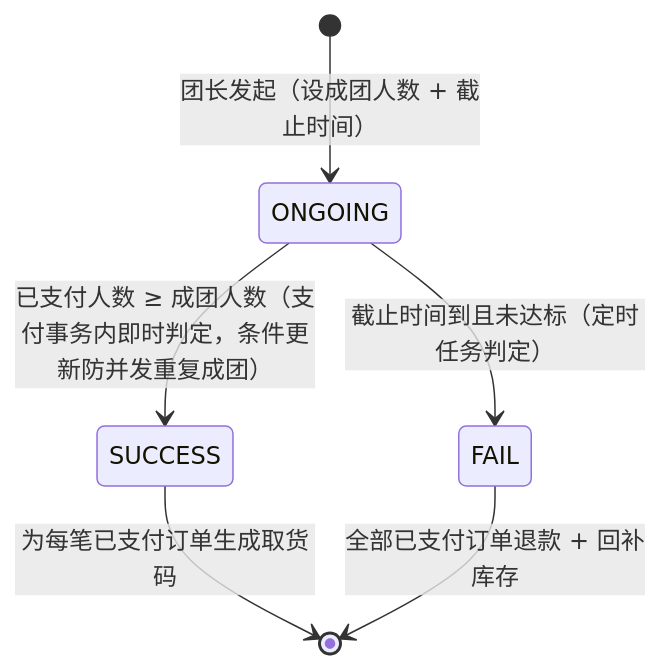
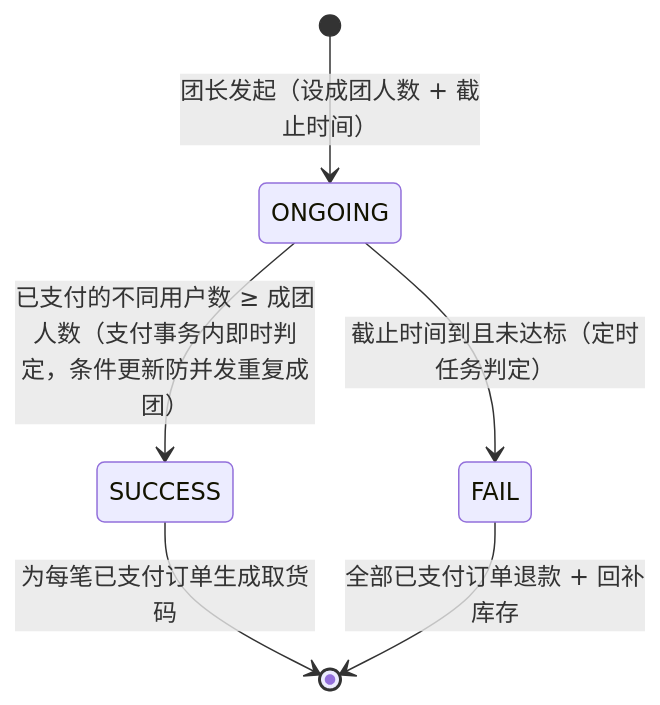
The fifth of 8 diagrams in docs/design-document.md (KeepRising-l/FreshCommunity), drawn with Mermaid before and after one commit. The commit also changed other lines of this file and 21 other files, not shown here.

````diff
--- a/docs/design-document.md
+++ b/docs/design-document.md
@@ -364,8 +364,8 @@
 ```mermaid
 stateDiagram-v2
     [*] --> ONGOING : 团长发起（设成团人数 + 截止时间）
-    ONGOING --> SUCCESS : 已支付人数 ≥ 成团人数（支付事务内即时判定，条件更新防并发重复成团）
+    ONGOING --> SUCCESS : 已支付的不同用户数 ≥ 成团人数（支付事务内即时判定，条件更新防并发重复成团）
     ONGOING --> FAIL : 截止时间到且未达标（定时任务判定）
     SUCCESS --> [*] : 为每笔已支付订单生成取货码
     FAIL --> [*] : 全部已支付订单退款 + 回补库存
 ```
````
